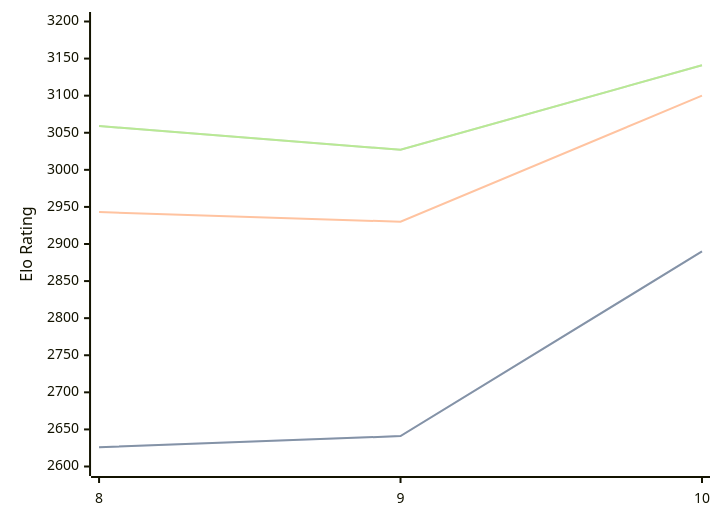
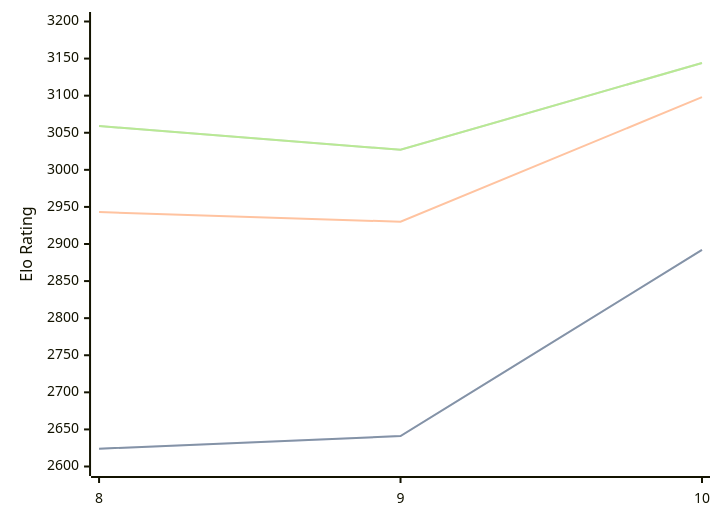
One commit to computer-chess-index/cci changed the diagram in engines/Lozza.md. Above: the diagram before and after it, drawn with Mermaid. The commit also changed other lines of this file, not shown here.

Commit message:
Update CCI Ratings (ELO VLTC) - 2026-04-04

````diff
--- a/engines/Lozza.md
+++ b/engines/Lozza.md
@@ -41,11 +41,11 @@
 ```mermaid
 %%{init: {"theme":"base","themeVariables":{"seriesColors:['#a3a3a3','#222221','#faa371']}}}%%
 xychart-beta
   x-axis ["8", "9", "10"]
   y-axis "Elo Rating" 2600 --> 3200
-  line "STC (8.0+0.08s)" [2626, 2641, 2890]
-  line "STC (8.0+0.08s)" [2626, 2641, 2890]
-  line "LTC (60.0+0.60s)" [2943, 2930, 3100]
-  line "VLTC (2m24s+1.12s)" [3059, 3027, 3141]
-  line "VLTC (2m24s+1.12s)" [3059, 3027, 3141]
+  line "STC (8.0+0.08s)" [2624, 2641, 2892]
+  line "STC (8.0+0.08s)" [2624, 2641, 2892]
+  line "LTC (60.0+0.60s)" [2943, 2930, 3098]
+  line "VLTC (2m24s+1.12s)" [3059, 3027, 3144]
+  line "VLTC (2m24s+1.12s)" [3059, 3027, 3144]
 ```
````
